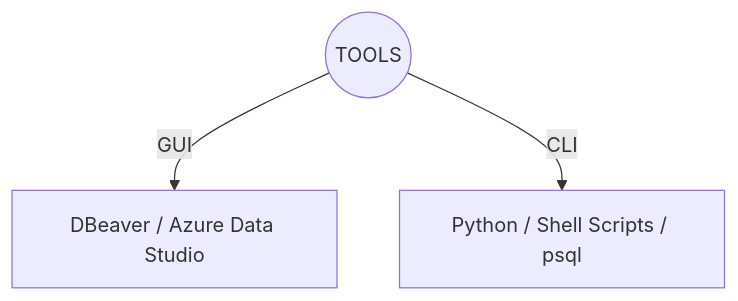
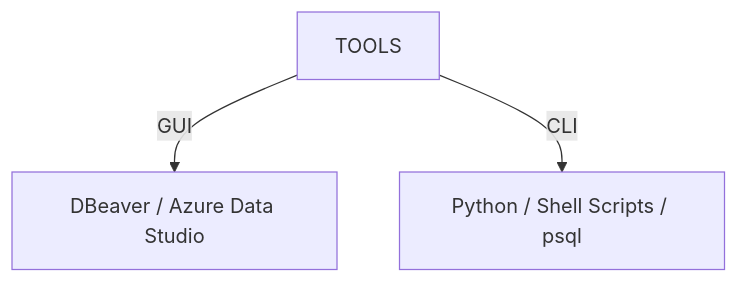
The fourth of 12 diagrams in README.md (rraulherediaa/PracticasEstructurasDatos), drawn with Mermaid before and after one commit. The commit also changed other lines of this file, not shown here.

````diff
--- a/README.md
+++ b/README.md
@@ -47,6 +74,6 @@
 ```mermaid
 flowchart TD
-    Tools(("TOOLS"))
+    Tools["TOOLS"]
     Tools -->|GUI| D["DBeaver / Azure Data Studio"]
     Tools -->|CLI| Py["Python / Shell Scripts / psql"]
 ```
````
